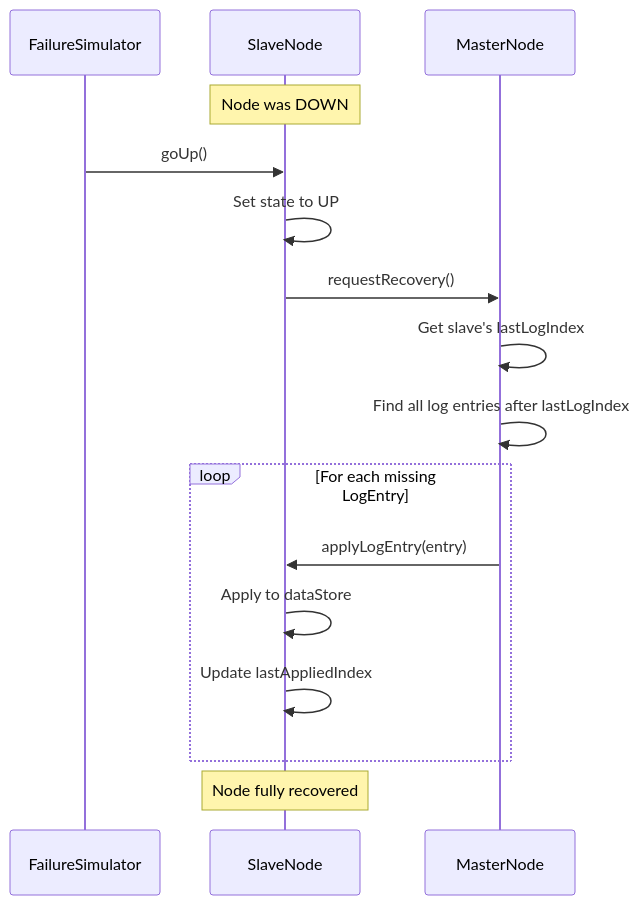
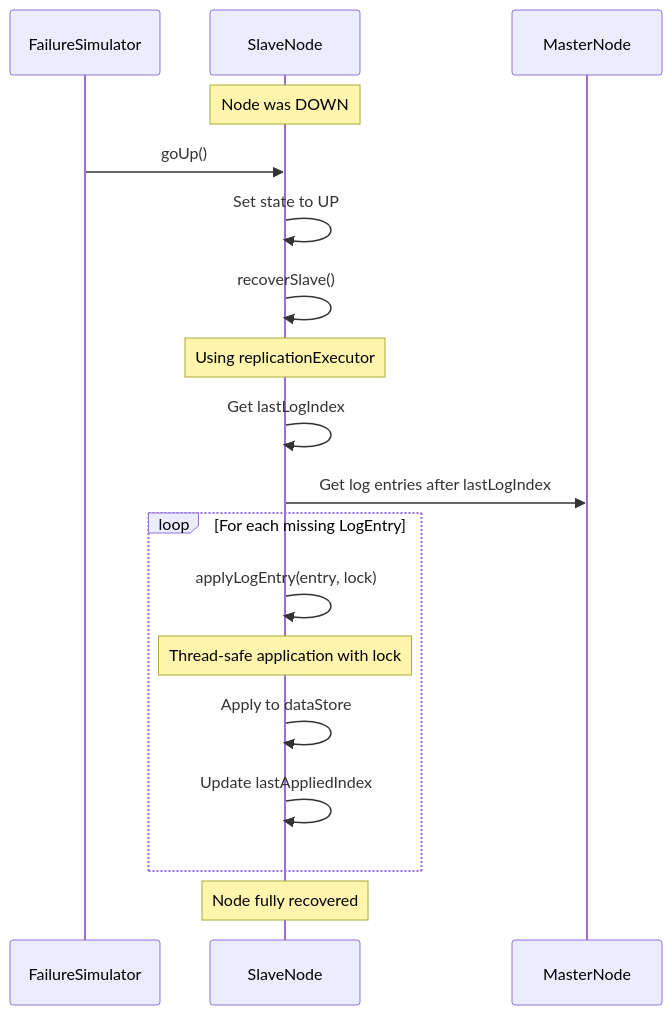
Before and after one commit to billycychan/master-slave-replication-java: the fourth of 6 diagrams in diagrams.md, drawn with Mermaid. The commit also changed other lines of this file and 8 other files, not shown here.

Commit message:
feat: recreated the diagrams

````diff
--- a/diagrams.md
+++ b/diagrams.md
@@ -139,22 +148,24 @@
 ```mermaid
 sequenceDiagram
     participant FailureSimulator
     participant SlaveNode
     participant MasterNode
 
     Note over SlaveNode: Node was DOWN
     FailureSimulator->>SlaveNode: goUp()
     SlaveNode->>SlaveNode: Set state to UP
-    SlaveNode->>MasterNode: requestRecovery()
+    SlaveNode->>SlaveNode: recoverSlave()
     
-    MasterNode->>MasterNode: Get slave's lastLogIndex
-    MasterNode->>MasterNode: Find all log entries after lastLogIndex
+    Note over SlaveNode: Using replicationExecutor
+    SlaveNode->>SlaveNode: Get lastLogIndex
+    SlaveNode->>MasterNode: Get log entries after lastLogIndex
     
     loop For each missing LogEntry
-        MasterNode->>SlaveNode: applyLogEntry(entry)
+        SlaveNode->>SlaveNode: applyLogEntry(entry, lock)
+        Note over SlaveNode: Thread-safe application with lock
         SlaveNode->>SlaveNode: Apply to dataStore
         SlaveNode->>SlaveNode: Update lastAppliedIndex
     end
     
     Note over SlaveNode: Node fully recovered
 ```
````
